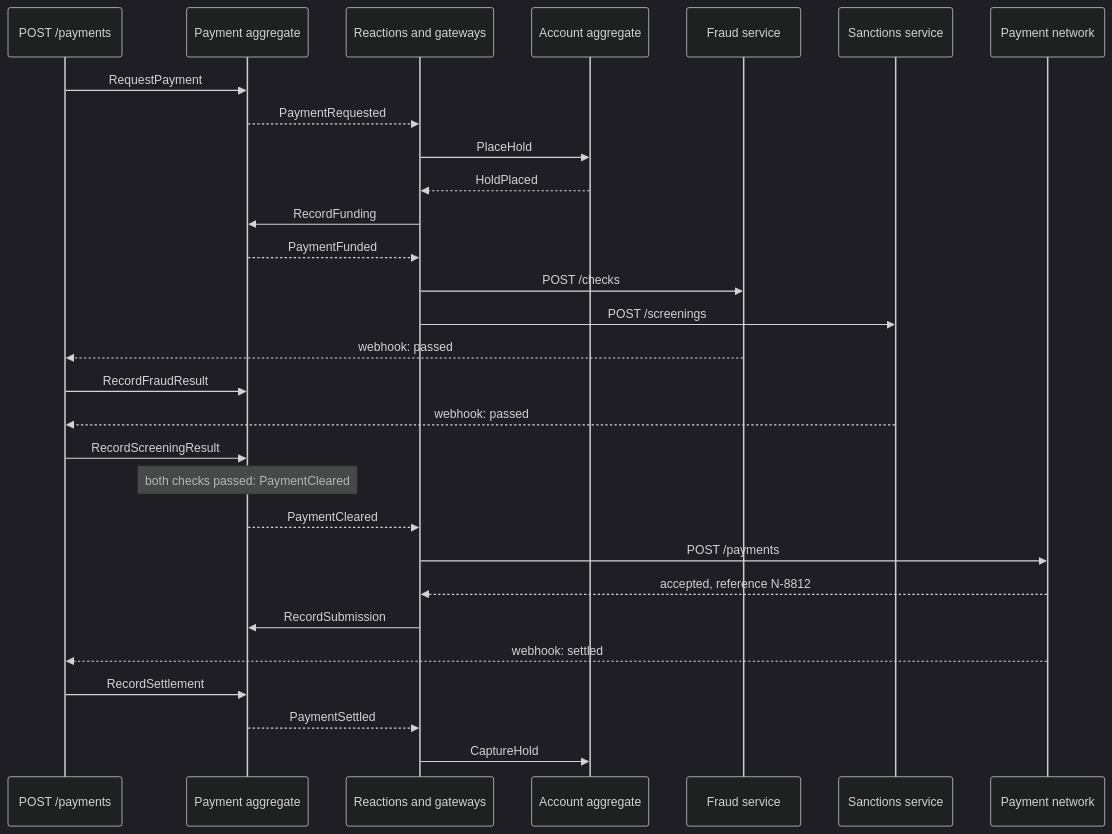
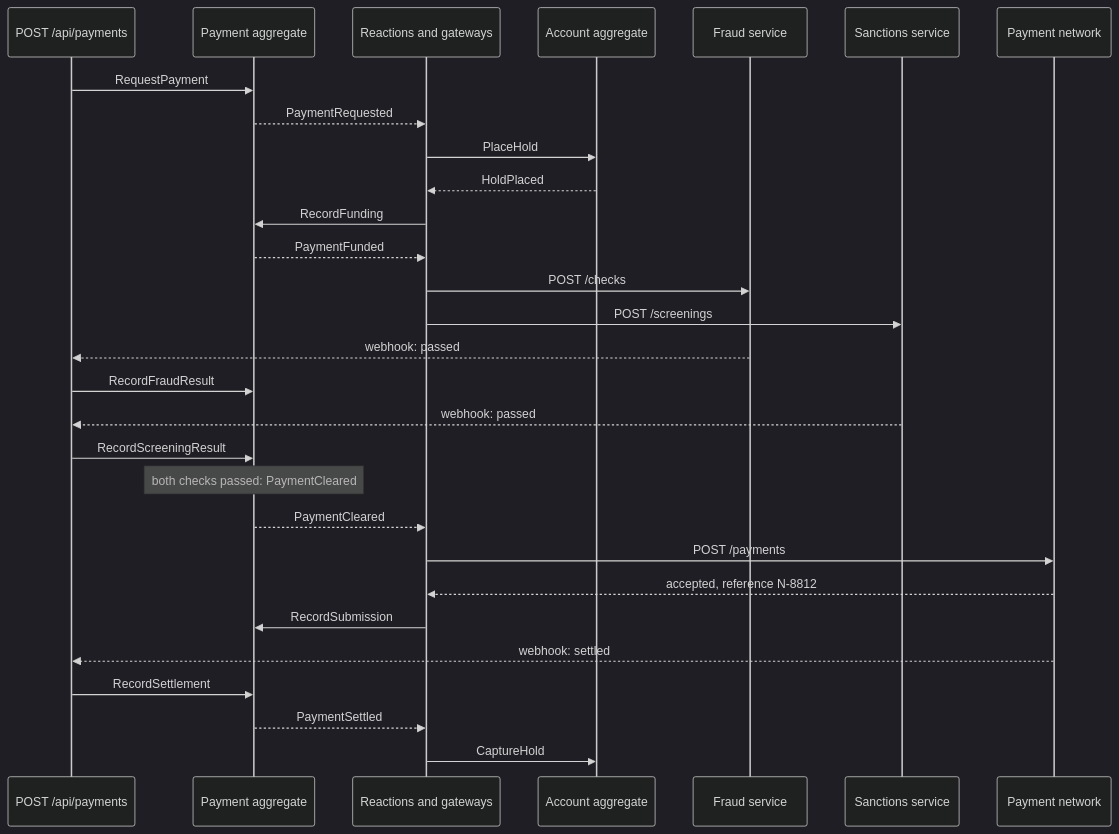
Before and after one commit to hpcsc/repo-templates: the third of 4 diagrams in templates/go-event-sourcing-service/{{ .ProjectKebab }}/docs/process-manager-example.md, drawn with Mermaid (dark theme). The commit also changed other lines of this file and 6 other files, not shown here.

````diff
--- a/templates/go-event-sourcing-service/{{ .ProjectKebab }}/docs/process-manager-example.md
+++ b/templates/go-event-sourcing-service/{{ .ProjectKebab }}/docs/process-manager-example.md
@@ -188,32 +188,32 @@
 ```mermaid
 sequenceDiagram
-    participant API as POST /payments
+    participant API as POST /api/payments
     participant P as Payment aggregate
     participant R as Reactions and gateways
     participant A as Account aggregate
     participant F as Fraud service
     participant SC as Sanctions service
     participant N as Payment network
 
     API->>P: RequestPayment
     P-->>R: PaymentRequested
     R->>A: PlaceHold
     A-->>R: HoldPlaced
     R->>P: RecordFunding
     P-->>R: PaymentFunded
     R->>F: POST /checks
     R->>SC: POST /screenings
     F-->>API: webhook: passed
     API->>P: RecordFraudResult
     SC-->>API: webhook: passed
     API->>P: RecordScreeningResult
     Note over P: both checks passed: PaymentCleared
     P-->>R: PaymentCleared
     R->>N: POST /payments
     N-->>R: accepted, reference N-8812
     R->>P: RecordSubmission
     N-->>API: webhook: settled
     API->>P: RecordSettlement
     P-->>R: PaymentSettled
     R->>A: CaptureHold
 ```
````
